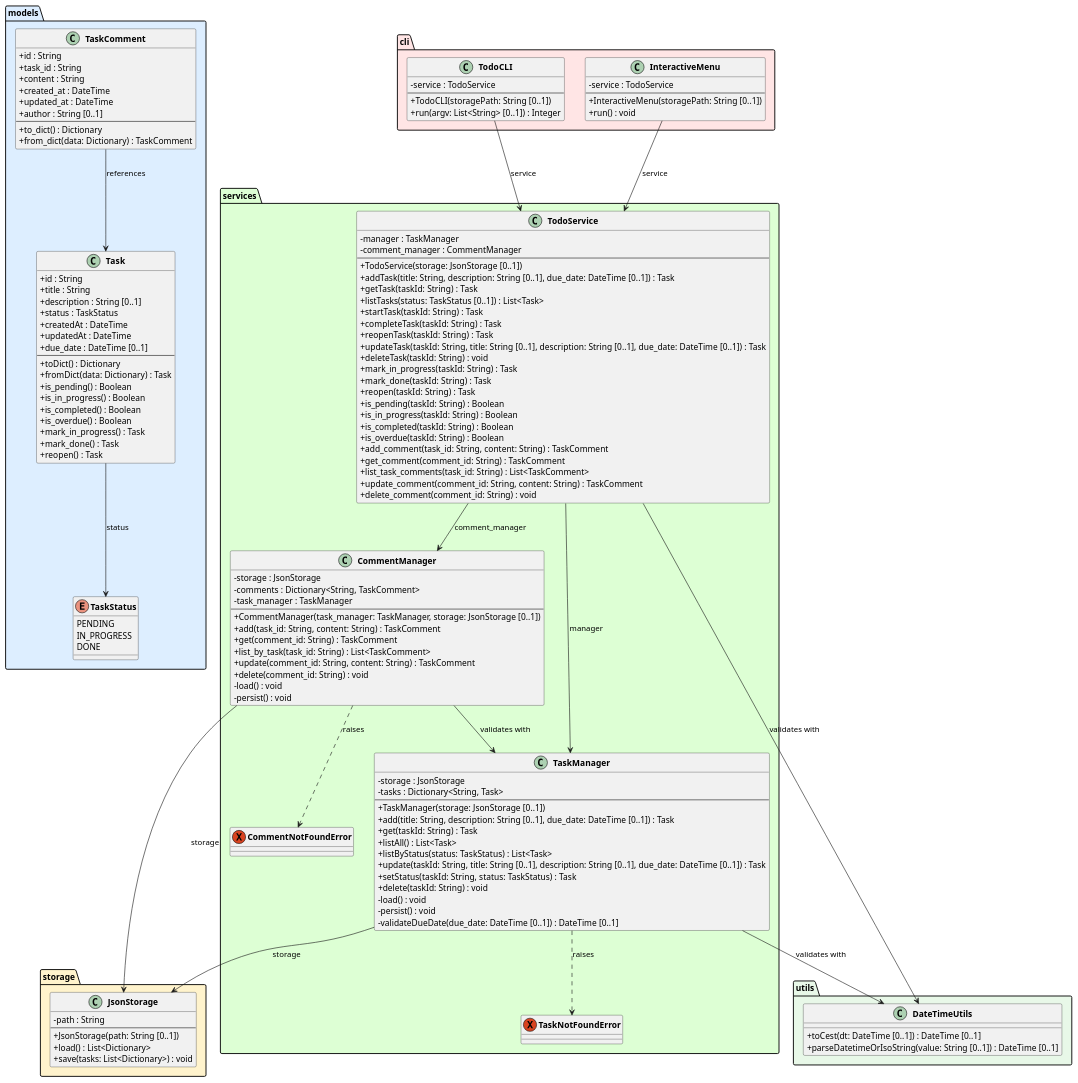
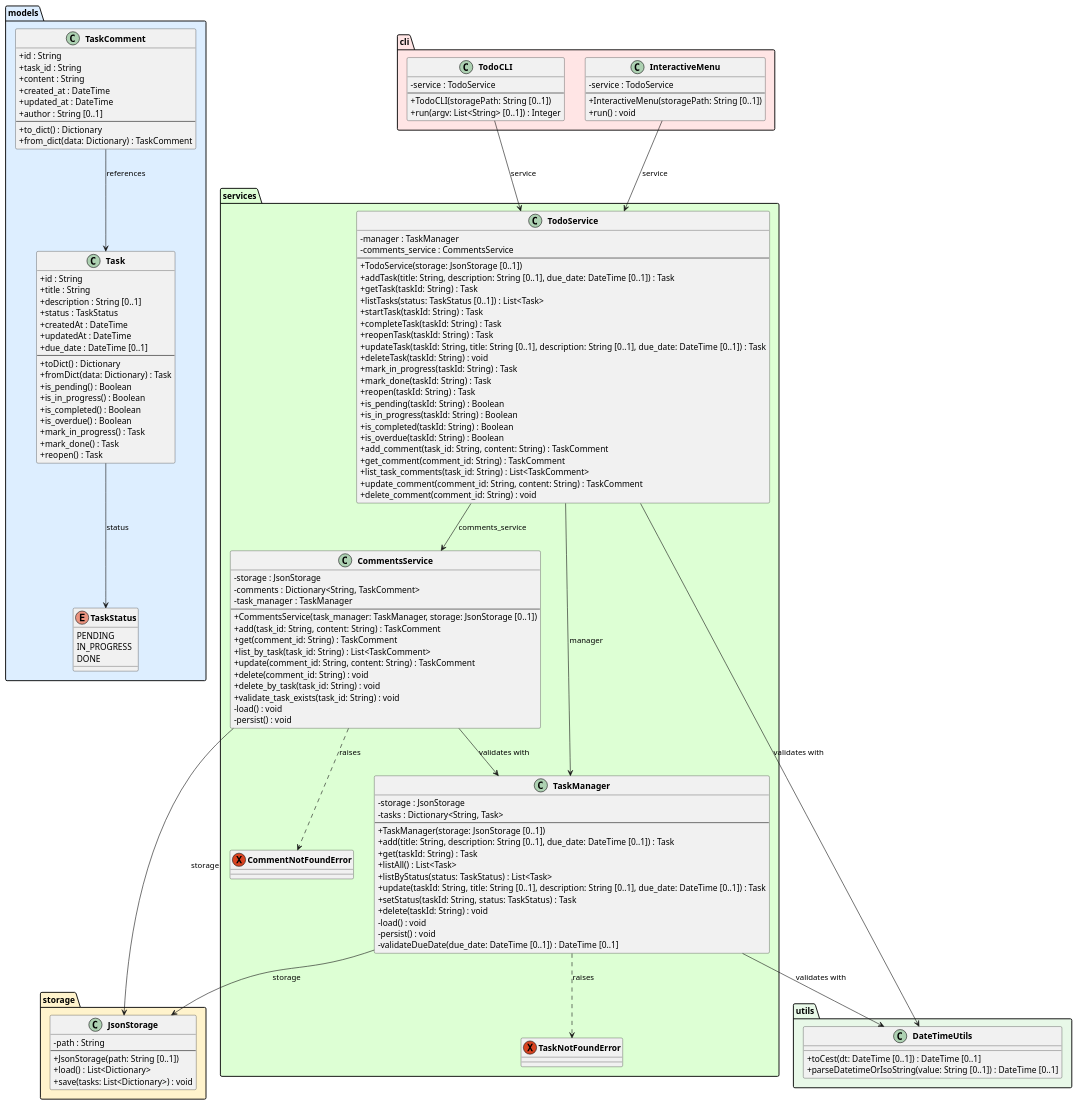
One commit to DanielRiha8906/Software_autoevolution_using_agents changed the diagram in experiments/supervisor_as_tools/user_stories/TODO/artifacts/class_diagram.puml. Above: the diagram before and after it, drawn with PlantUML. The commit also changed 11 other files, not shown here.

First line of the commit message:
task 04 | supervisor_as_tools / user_stories / TODO - Implement CommentsService

```diff
--- a/experiments/supervisor_as_tools/user_stories/TODO/artifacts/class_diagram.puml
+++ b/experiments/supervisor_as_tools/user_stories/TODO/artifacts/class_diagram.puml
@@ -1,157 +1,159 @@
 @startuml class_diagram
 
 skinparam classAttributeIconSize 0
 skinparam classFontStyle bold
 
 package "models" #DDEEFF {
     enum TaskStatus {
         PENDING
         IN_PROGRESS
         DONE
     }
 
     class Task {
         +id : String
         +title : String
         +description : String [0..1]
         +status : TaskStatus
         +createdAt : DateTime
         +updatedAt : DateTime
         +due_date : DateTime [0..1]
         --
         +toDict() : Dictionary
         +fromDict(data: Dictionary) : Task
         +is_pending() : Boolean
         +is_in_progress() : Boolean
         +is_completed() : Boolean
         +is_overdue() : Boolean
         +mark_in_progress() : Task
         +mark_done() : Task
         +reopen() : Task
     }
 
     class TaskComment {
         +id : String
         +task_id : String
         +content : String
         +created_at : DateTime
         +updated_at : DateTime
         +author : String [0..1]
         --
         +to_dict() : Dictionary
         +from_dict(data: Dictionary) : TaskComment
     }
 }
 
 package "utils" #E8F8E8 {
     class DateTimeUtils {
         +toCest(dt: DateTime [0..1]) : DateTime [0..1]
         +parseDatetimeOrIsoString(value: String [0..1]) : DateTime [0..1]
     }
 }
 
 package "storage" #FFF3CC {
     class JsonStorage {
         -path : String
         --
         +JsonStorage(path: String [0..1])
         +load() : List<Dictionary>
         +save(tasks: List<Dictionary>) : void
     }
 }
 
 package "services" #DDFFD4 {
     exception TaskNotFoundError
     exception CommentNotFoundError
 
     class TaskManager {
         -storage : JsonStorage
         -tasks : Dictionary<String, Task>
         --
         +TaskManager(storage: JsonStorage [0..1])
         +add(title: String, description: String [0..1], due_date: DateTime [0..1]) : Task
         +get(taskId: String) : Task
         +listAll() : List<Task>
         +listByStatus(status: TaskStatus) : List<Task>
         +update(taskId: String, title: String [0..1], description: String [0..1], due_date: DateTime [0..1]) : Task
         +setStatus(taskId: String, status: TaskStatus) : Task
         +delete(taskId: String) : void
         -load() : void
         -persist() : void
         -validateDueDate(due_date: DateTime [0..1]) : DateTime [0..1]
     }
 
-    class CommentManager {
+    class CommentsService {
         -storage : JsonStorage
         -comments : Dictionary<String, TaskComment>
         -task_manager : TaskManager
         --
-        +CommentManager(task_manager: TaskManager, storage: JsonStorage [0..1])
+        +CommentsService(task_manager: TaskManager, storage: JsonStorage [0..1])
         +add(task_id: String, content: String) : TaskComment
         +get(comment_id: String) : TaskComment
         +list_by_task(task_id: String) : List<TaskComment>
         +update(comment_id: String, content: String) : TaskComment
         +delete(comment_id: String) : void
+        +delete_by_task(task_id: String) : void
+        +validate_task_exists(task_id: String) : void
         -load() : void
         -persist() : void
     }
 
     class TodoService {
         -manager : TaskManager
-        -comment_manager : CommentManager
+        -comments_service : CommentsService
         --
         +TodoService(storage: JsonStorage [0..1])
         +addTask(title: String, description: String [0..1], due_date: DateTime [0..1]) : Task
         +getTask(taskId: String) : Task
         +listTasks(status: TaskStatus [0..1]) : List<Task>
         +startTask(taskId: String) : Task
         +completeTask(taskId: String) : Task
         +reopenTask(taskId: String) : Task
         +updateTask(taskId: String, title: String [0..1], description: String [0..1], due_date: DateTime [0..1]) : Task
         +deleteTask(taskId: String) : void
         +mark_in_progress(taskId: String) : Task
         +mark_done(taskId: String) : Task
         +reopen(taskId: String) : Task
         +is_pending(taskId: String) : Boolean
         +is_in_progress(taskId: String) : Boolean
         +is_completed(taskId: String) : Boolean
         +is_overdue(taskId: String) : Boolean
         +add_comment(task_id: String, content: String) : TaskComment
         +get_comment(comment_id: String) : TaskComment
         +list_task_comments(task_id: String) : List<TaskComment>
         +update_comment(comment_id: String, content: String) : TaskComment
         +delete_comment(comment_id: String) : void
     }
 }
 
 package "cli" #FFE5E5 {
     class TodoCLI {
         -service : TodoService
         --
         +TodoCLI(storagePath: String [0..1])
         +run(argv: List<String> [0..1]) : Integer
     }
 
     class InteractiveMenu {
         -service : TodoService
         --
         +InteractiveMenu(storagePath: String [0..1])
         +run() : void
     }
 }
 
 Task --> TaskStatus : status
 TaskComment --> Task : references
 TaskManager --> JsonStorage : storage
 TaskManager ..> TaskNotFoundError : raises
 TaskManager --> DateTimeUtils : validates with
-CommentManager --> JsonStorage : storage
-CommentManager --> TaskManager : validates with
-CommentManager ..> CommentNotFoundError : raises
+CommentsService --> JsonStorage : storage
+CommentsService --> TaskManager : validates with
+CommentsService ..> CommentNotFoundError : raises
 TodoService --> TaskManager : manager
-TodoService --> CommentManager : comment_manager
+TodoService --> CommentsService : comments_service
 TodoService --> DateTimeUtils : validates with
 TodoCLI --> TodoService : service
 InteractiveMenu --> TodoService : service
 
 @enduml
```
